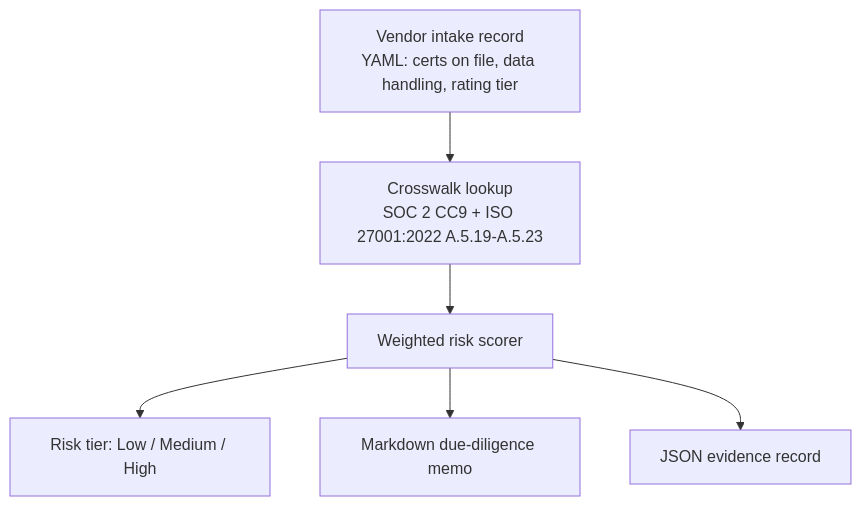
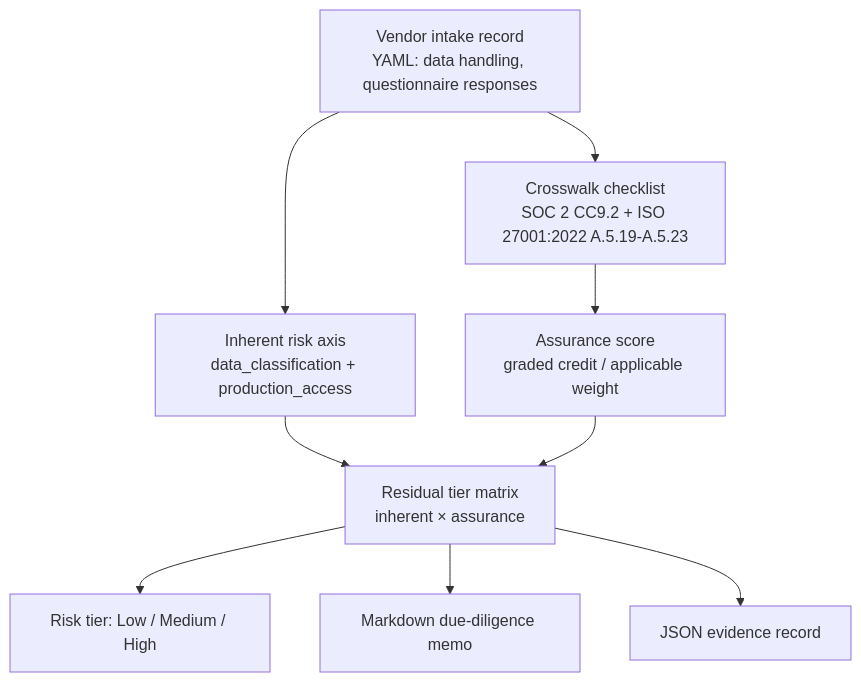
One commit to 0xBahalaNa/vendor-security-due-diligence changed the diagram in README.md. Above: the diagram before and after it, drawn with Mermaid. The commit also changed other lines of this file and 1 other file, not shown here.

````diff
--- a/README.md
+++ b/README.md
@@ -20,8 +20,11 @@
 ```mermaid
 graph TD
-    A[Vendor intake record<br/>YAML: certs on file, data handling, rating tier] --> B[Crosswalk lookup<br/>SOC 2 CC9 + ISO 27001:2022 A.5.19-A.5.23]
-    B --> C[Weighted risk scorer]
-    C --> D[Risk tier: Low / Medium / High]
-    C --> E[Markdown due-diligence memo]
-    C --> F[JSON evidence record]
+    A[Vendor intake record<br/>YAML: data handling, questionnaire responses] --> B[Inherent risk axis<br/>data_classification + production_access]
+    A --> C[Crosswalk checklist<br/>SOC 2 CC9.2 + ISO 27001:2022 A.5.19-A.5.23]
+    C --> D[Assurance score<br/>graded credit / applicable weight]
+    B --> E[Residual tier matrix<br/>inherent × assurance]
+    D --> E
+    E --> F[Risk tier: Low / Medium / High]
+    E --> G[Markdown due-diligence memo]
+    E --> H[JSON evidence record]
 ```
````
